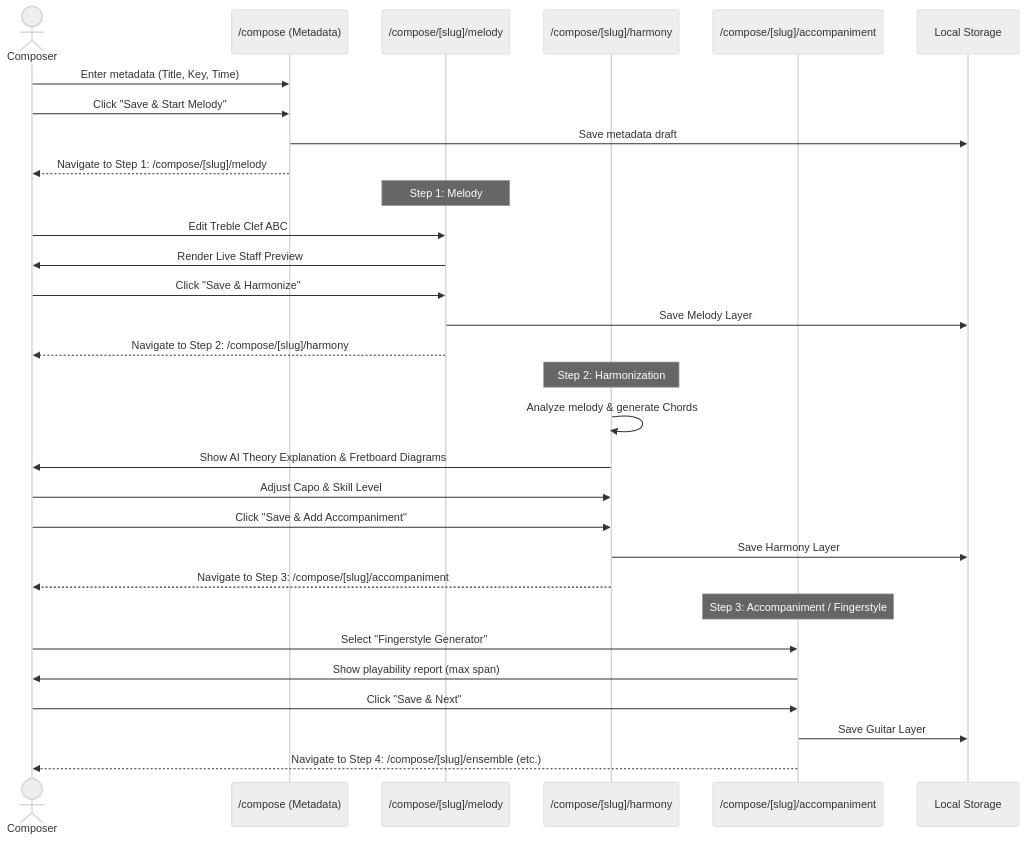
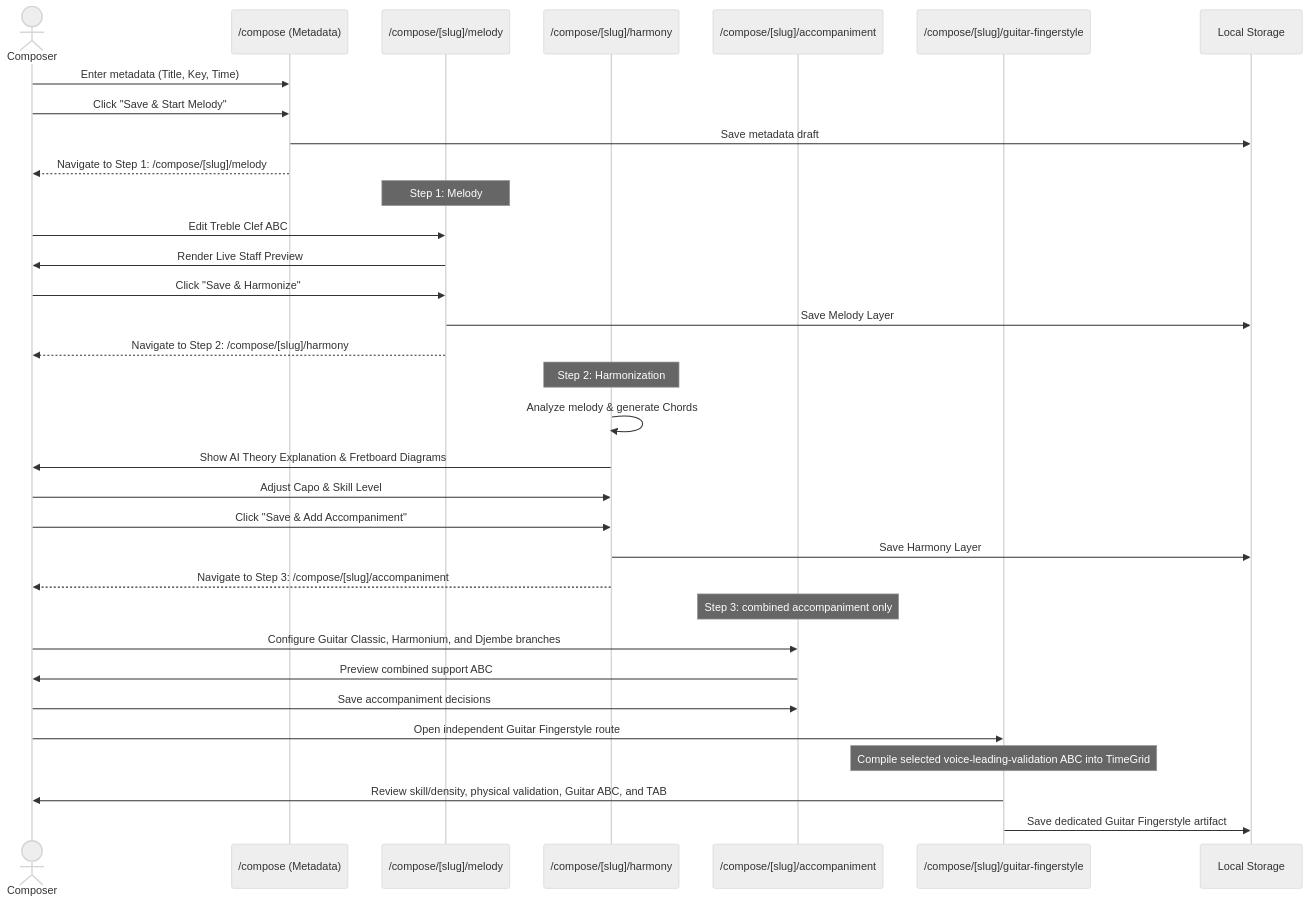
One commit to duyhunghd6/bhajan-song-composer changed the third of 4 diagrams in docs/UI.md. Above: the diagram before and after it, drawn with Mermaid (neutral theme). The commit also changed other lines of this file and 24 other files, not shown here.

Commit message:
refactor(accompaniment): remove solo fingerstyle mode

````diff
--- a/docs/UI.md
+++ b/docs/UI.md
@@ -313,36 +308,40 @@
 ```mermaid
 sequenceDiagram
     actor User as Composer
     participant MetaPage as /compose (Metadata)
     participant MelodyPage as /compose/[slug]/melody
     participant HarmonyPage as /compose/[slug]/harmony
     participant AccompPage as /compose/[slug]/accompaniment
+    participant FingerstylePage as /compose/[slug]/guitar-fingerstyle
     participant DB as Local Storage
 
     User->>MetaPage: Enter metadata (Title, Key, Time)
     User->>MetaPage: Click "Save & Start Melody"
     MetaPage->>DB: Save metadata draft
     MetaPage-->>User: Navigate to Step 1: /compose/[slug]/melody
     
     Note over MelodyPage: Step 1: Melody
     User->>MelodyPage: Edit Treble Clef ABC
     MelodyPage->>User: Render Live Staff Preview
     User->>MelodyPage: Click "Save & Harmonize"
     MelodyPage->>DB: Save Melody Layer
     MelodyPage-->>User: Navigate to Step 2: /compose/[slug]/harmony
     
     Note over HarmonyPage: Step 2: Harmonization
     HarmonyPage->>HarmonyPage: Analyze melody & generate Chords
     HarmonyPage->>User: Show AI Theory Explanation & Fretboard Diagrams
     User->>HarmonyPage: Adjust Capo & Skill Level
     User->>HarmonyPage: Click "Save & Add Accompaniment"
     HarmonyPage->>DB: Save Harmony Layer
     HarmonyPage-->>User: Navigate to Step 3: /compose/[slug]/accompaniment
     
-    Note over AccompPage: Step 3: Accompaniment / Fingerstyle
-    User->>AccompPage: Select "Fingerstyle Generator"
-    AccompPage->>User: Show playability report (max span)
-    User->>AccompPage: Click "Save & Next"
-    AccompPage->>DB: Save Guitar Layer
-    AccompPage-->>User: Navigate to Step 4: /compose/[slug]/ensemble (etc.)
+    Note over AccompPage: Step 3: combined accompaniment only
+    User->>AccompPage: Configure Guitar Classic, Harmonium, and Djembe branches
+    AccompPage->>User: Preview combined support ABC
+    User->>AccompPage: Save accompaniment decisions
+
+    User->>FingerstylePage: Open independent Guitar Fingerstyle route
+    Note over FingerstylePage: Compile selected voice-leading-validation ABC into TimeGrid
+    FingerstylePage->>User: Review skill/density, physical validation, Guitar ABC, and TAB
+    FingerstylePage->>DB: Save dedicated Guitar Fingerstyle artifact
 ```
````
